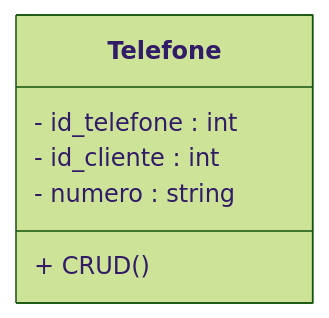
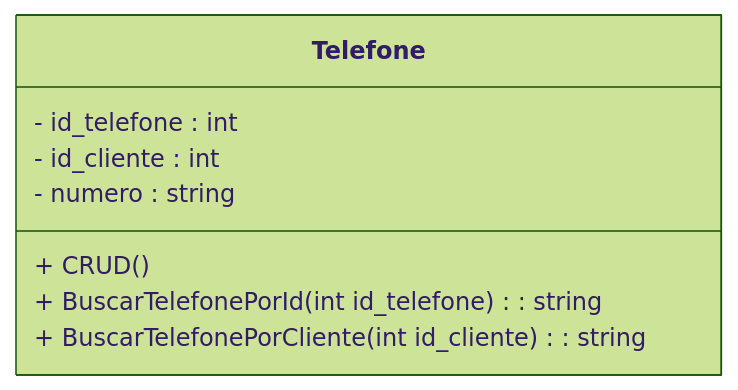
The third of 11 diagrams in UML.md (SENAI-TOYOTA/ToyotaTech), drawn with Mermaid (forest theme) before and after one commit. The commit also changed other lines of this file, not shown here.

````diff
--- a/UML.md
+++ b/UML.md
@@ -32,9 +41,11 @@
 ```mermaid
         classDiagram
         class Telefone{
             - id_telefone : int
             - id_cliente : int
             - numero : string
             + CRUD ()
+            + BuscarTelefonePorId (int id_telefone) : string
+            + BuscarTelefonePorCliente (int id_cliente) : string
         }
 ```
````
